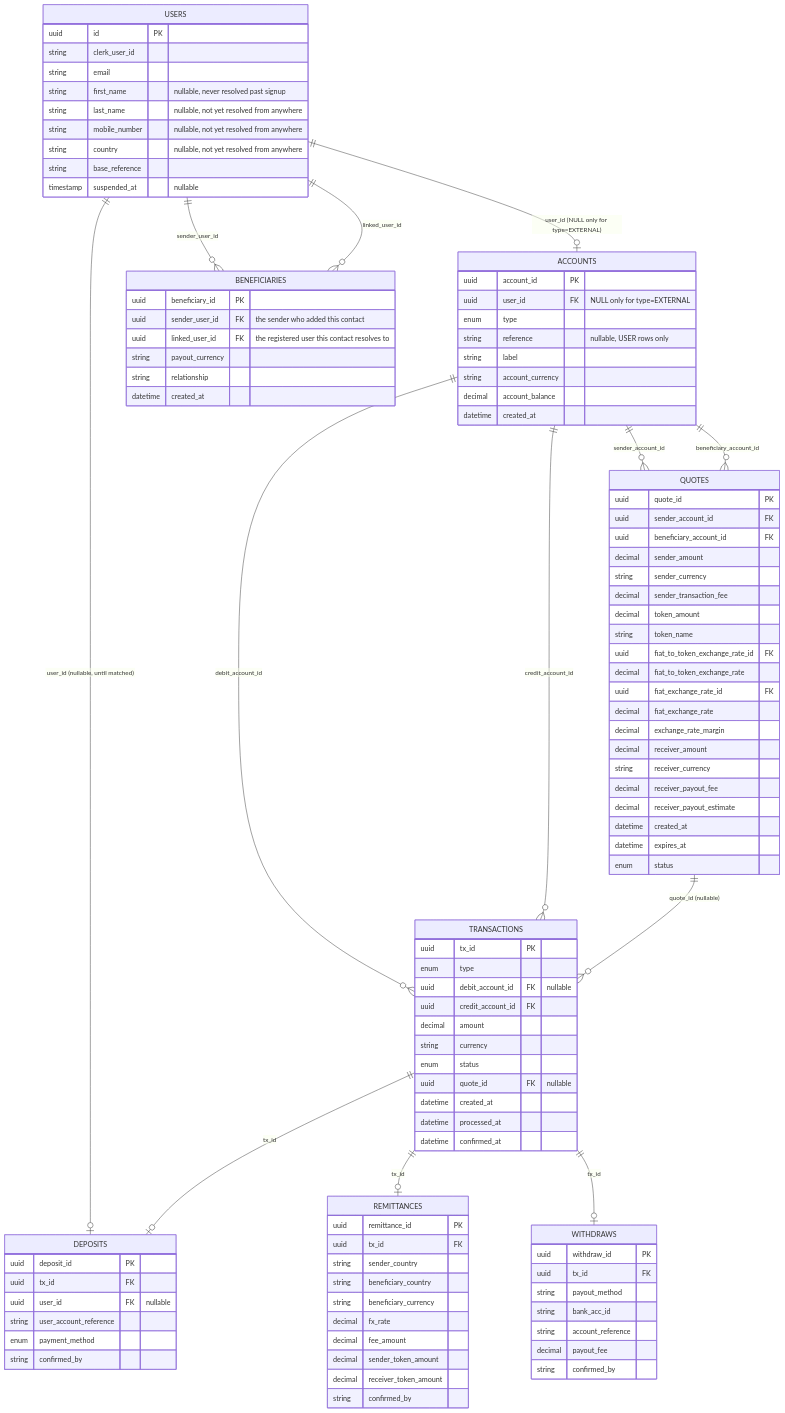
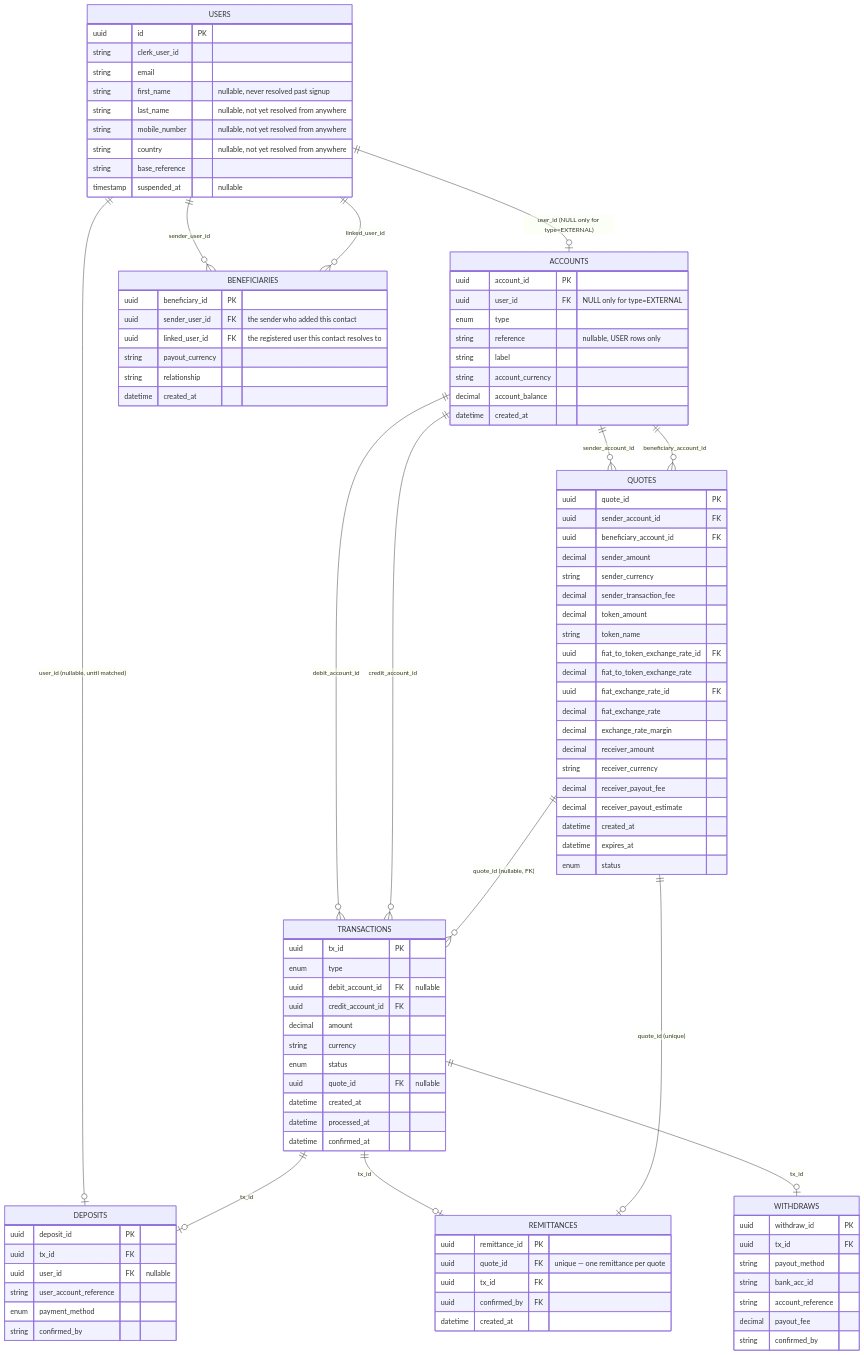
One commit to Katlego-Sekoele/RemitX changed the diagram in api/Transaction_Flow_Context.md. Above: the diagram before and after it, drawn with Mermaid. The commit also changed other lines of this file and 28 other files, not shown here.

```diff
--- a/api/Transaction_Flow_Context.md
+++ b/api/Transaction_Flow_Context.md
@@ -165,7 +166,8 @@
     TRANSACTIONS ||--o| DEPOSITS : "tx_id"
     TRANSACTIONS ||--o| REMITTANCES : "tx_id"
     TRANSACTIONS ||--o| WITHDRAWS : "tx_id"
-    QUOTES ||--o{ TRANSACTIONS : "quote_id (nullable)"
+    QUOTES ||--o{ TRANSACTIONS : "quote_id (nullable, FK)"
+    QUOTES ||--o| REMITTANCES : "quote_id (unique)"
 
     USERS {
         uuid id PK
@@ -219,15 +221,10 @@
     }
     REMITTANCES {
         uuid remittance_id PK
+        uuid quote_id FK "unique — one remittance per quote"
         uuid tx_id FK
-        string sender_country
-        string beneficiary_country
-        string beneficiary_currency
-        decimal fx_rate
-        decimal fee_amount
-        decimal sender_token_amount
-        decimal receiver_token_amount
-        string confirmed_by
+        uuid confirmed_by FK
+        datetime created_at
     }
     WITHDRAWS {
         uuid withdraw_id PK
```
